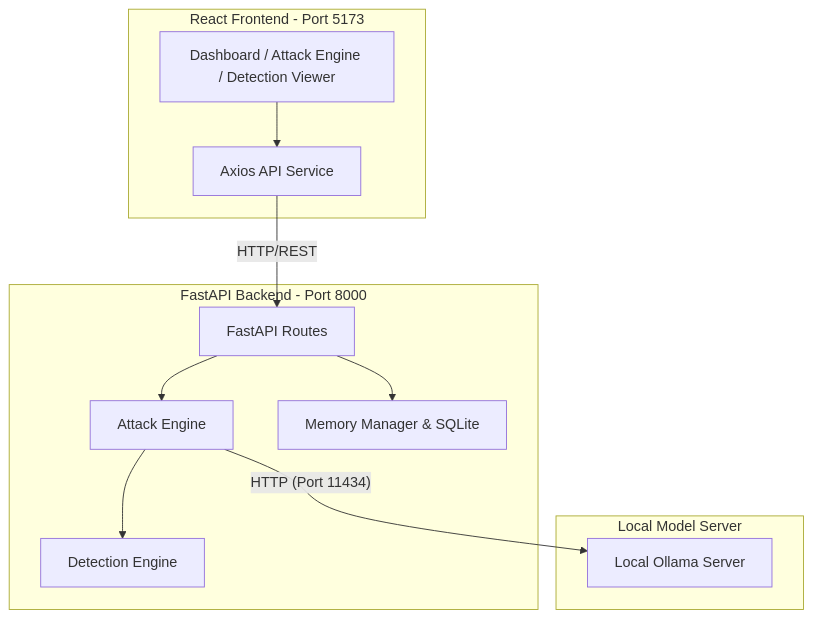
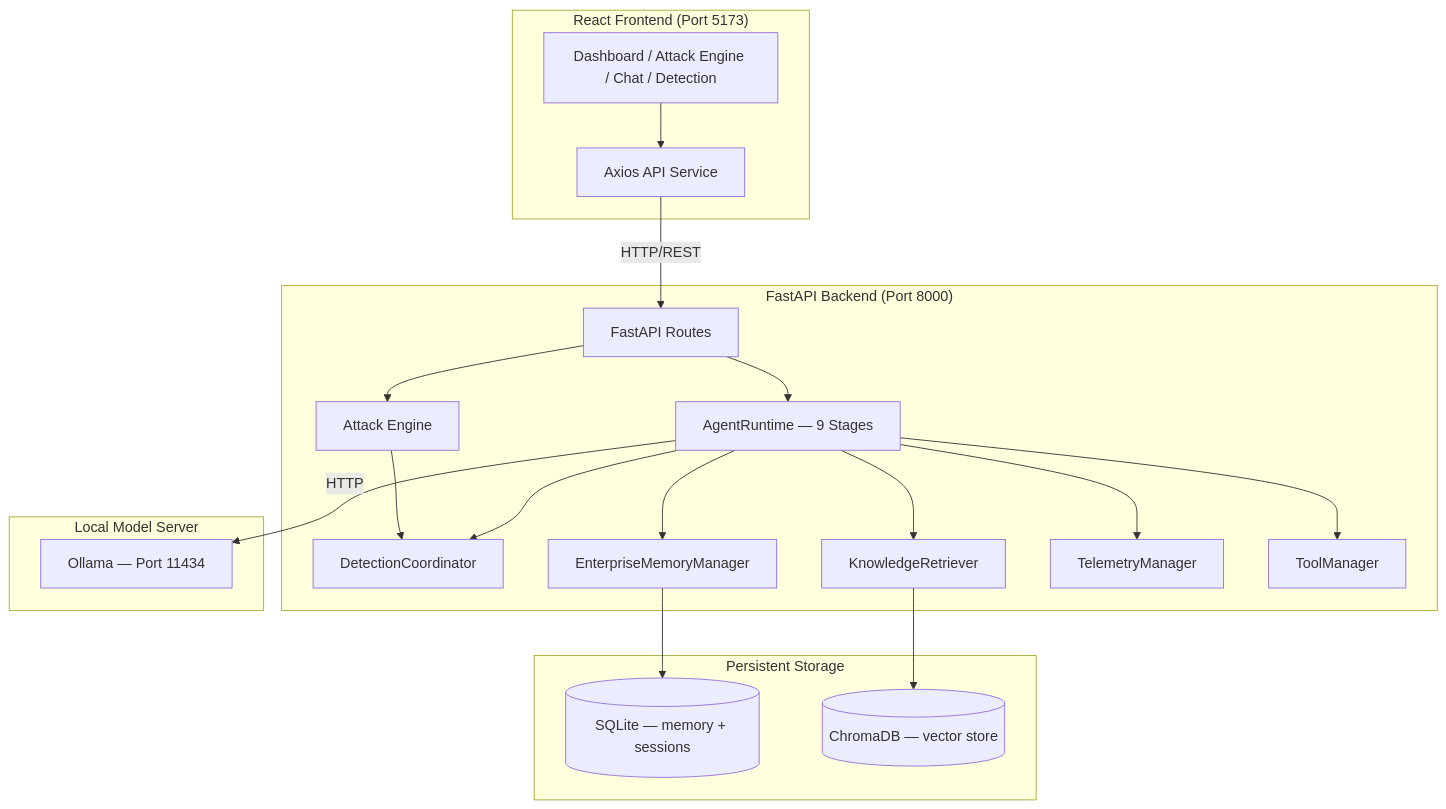
One commit to Abdul-dev909/AI-Security- changed the diagram in README.md. Above: the diagram before and after it, drawn with Mermaid. The commit also changed other lines of this file and 66 other files, not shown here.

````diff
--- a/README.md
+++ b/README.md
@@ -31,26 +114,42 @@
 ```mermaid
 flowchart TD
-    subgraph Frontend [React Frontend - Port 5173]
-        UI[Dashboard / Attack Engine / Detection Viewer]
-        API_SVC[Axios API Service]
-        UI --> API_SVC
+    subgraph Frontend ["React Frontend (Port 5173)"]
+        UI[Dashboard / Attack Engine / Chat / Detection]
+        AXIOS[Axios API Service]
+        UI --> AXIOS
     end
 
-    subgraph Backend [FastAPI Backend - Port 8000]
-        ROUTE[FastAPI Routes]
+    subgraph Backend ["FastAPI Backend (Port 8000)"]
+        ROUTES[FastAPI Routes]
+        RUNTIME[AgentRuntime — 9 Stages]
         ATTACK[Attack Engine]
-        DETECT[Detection Engine]
-        MEM[Memory Manager & SQLite]
+        DETECT[DetectionCoordinator]
+        MEM[EnterpriseMemoryManager]
+        RAG[KnowledgeRetriever]
+        TEL[TelemetryManager]
+        TOOLS[ToolManager]
 
-        ROUTE --> ATTACK
+        ROUTES --> RUNTIME
+        RUNTIME --> MEM
+        RUNTIME --> RAG
+        RUNTIME --> DETECT
+        RUNTIME --> TOOLS
+        RUNTIME --> TEL
+        ROUTES --> ATTACK
         ATTACK --> DETECT
-        ROUTE --> MEM
     end
 
-    subgraph LLM [Local Model Server]
-        OLLAMA[Local Ollama Server]
+    subgraph LLM ["Local Model Server"]
+        OLLAMA[Ollama — Port 11434]
     end
 
-    API_SVC -- HTTP/REST --> ROUTE
-    ATTACK -- HTTP (Port 11434) --> OLLAMA
+    subgraph Storage ["Persistent Storage"]
+        SQLITE[(SQLite — memory + sessions)]
+        CHROMA[(ChromaDB — vector store)]
+    end
+
+    AXIOS -- HTTP/REST --> ROUTES
+    RUNTIME -- HTTP --> OLLAMA
+    MEM --> SQLITE
+    RAG --> CHROMA
 ```
````
